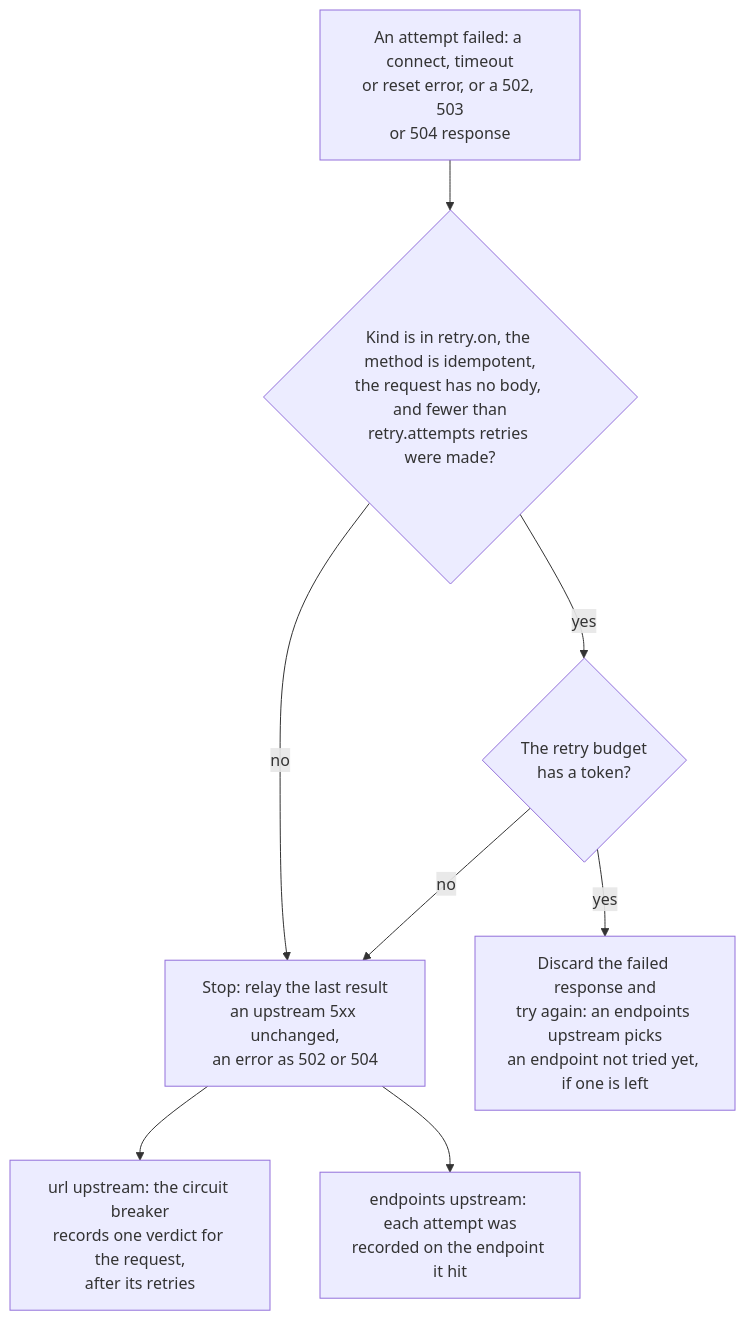
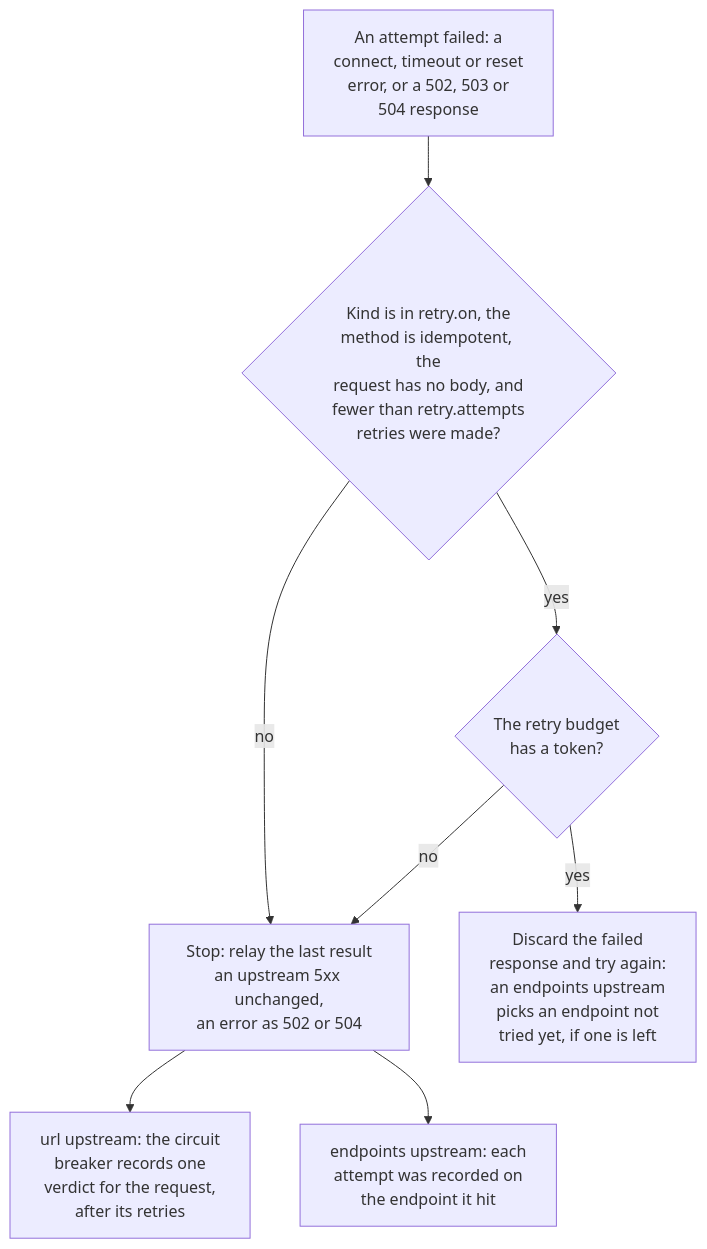
One commit to BlivionIaG/sjws_nettask changed the fifth of 6 diagrams in docs/design/proxy-routing.md. Above: the diagram before and after it, drawn with Mermaid. The commit also changed other lines of this file and 8 other files, not shown here.

First line of the commit message:
docs: re-wrap long diagram labels so words do not orphan

````diff
--- a/docs/design/proxy-routing.md
+++ b/docs/design/proxy-routing.md
@@ -174,10 +174,10 @@
 ```mermaid
 flowchart TD
-    f["An attempt failed: a connect, timeout<br/>or reset error, or a 502, 503<br/>or 504 response"] --> a{"Kind is in retry.on, the method is idempotent,<br/>the request has no body, and fewer than<br/>retry.attempts retries were made?"}
+    f["An attempt failed: a<br/>connect, timeout or reset<br/>error, or a 502, 503 or<br/>504 response"] --> a{"Kind is in retry.on, the<br/>method is idempotent, the<br/>request has no body, and<br/>fewer than retry.attempts<br/>retries were made?"}
     a -->|no| v["Stop: relay the last result<br/>an upstream 5xx unchanged,<br/>an error as 502 or 504"]
     a -->|yes| b{"The retry budget<br/>has a token?"}
     b -->|no| v
-    b -->|yes| n["Discard the failed response and<br/>try again: an endpoints upstream picks<br/>an endpoint not tried yet, if one is left"]
-    v --> c["url upstream: the circuit breaker<br/>records one verdict for the request,<br/>after its retries"]
-    v --> ce["endpoints upstream: each attempt was<br/>recorded on the endpoint it hit"]
+    b -->|yes| n["Discard the failed<br/>response and try again:<br/>an endpoints upstream<br/>picks an endpoint not<br/>tried yet, if one is left"]
+    v --> c["url upstream: the circuit<br/>breaker records one<br/>verdict for the request,<br/>after its retries"]
+    v --> ce["endpoints upstream: each<br/>attempt was recorded on<br/>the endpoint it hit"]
 ```
````
